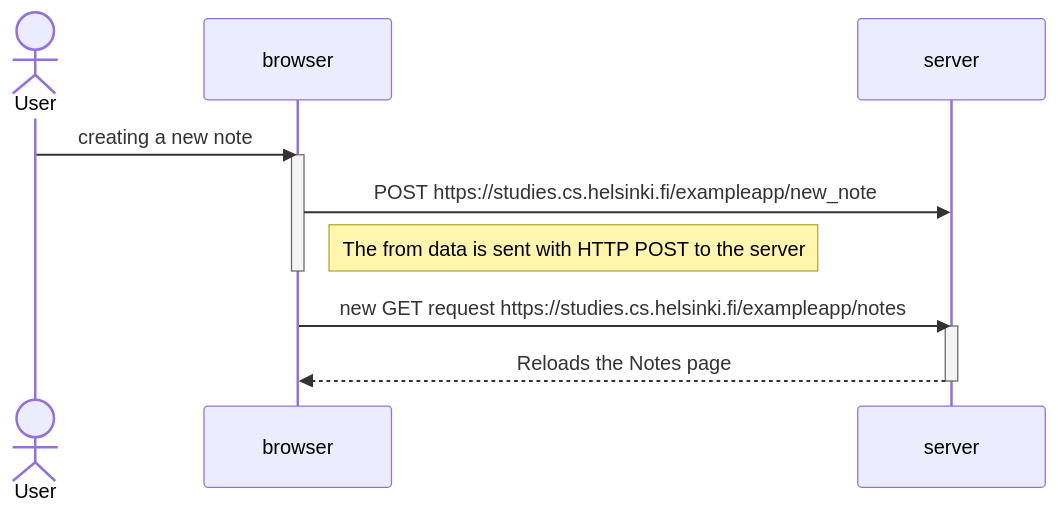
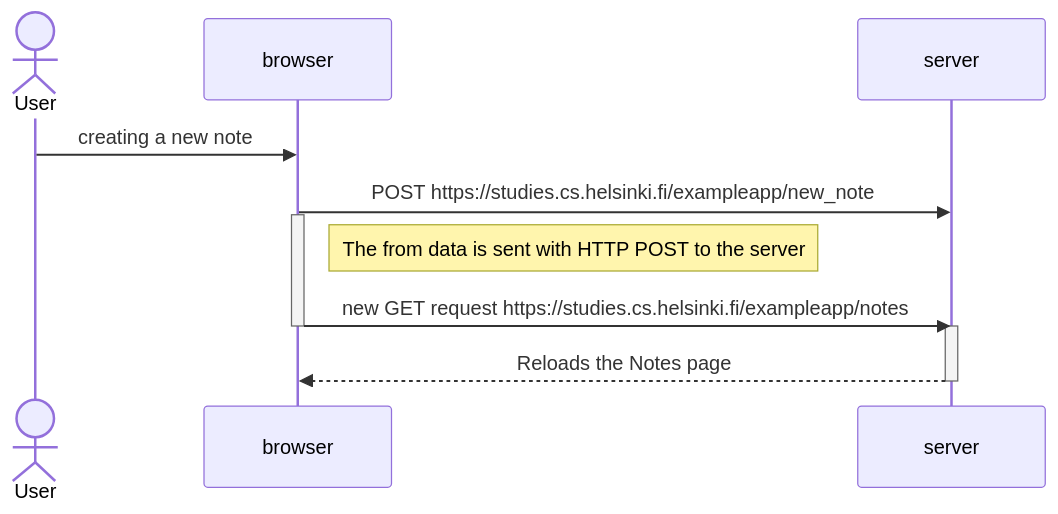
One commit to lumuellelumelay/full_stack_open changed the first of 2 diagrams in README.md. Above: the diagram before and after it, drawn with Mermaid. The commit also changed other lines of this file, not shown here.

````diff
--- a/README.md
+++ b/README.md
@@ -5,20 +5,20 @@
 ```mermaid
 sequenceDiagram
     actor User
     participant browser
     participant server
 
     User->>browser: creating a new note
+    browser->>server: POST https://studies.cs.helsinki.fi/exampleapp/new_note
     activate browser
-    browser->>server: POST https://studies.cs.helsinki.fi/exampleapp/new_note
 
     Note right of browser: The from data is sent with HTTP POST to the server
 
+    browser->>server: new GET request https://studies.cs.helsinki.fi/exampleapp/notes
     deactivate browser
-    browser->>server: new GET request https://studies.cs.helsinki.fi/exampleapp/notes
     activate server
     server-->>browser: Reloads the Notes page
     deactivate server
     
     
 ```
````
